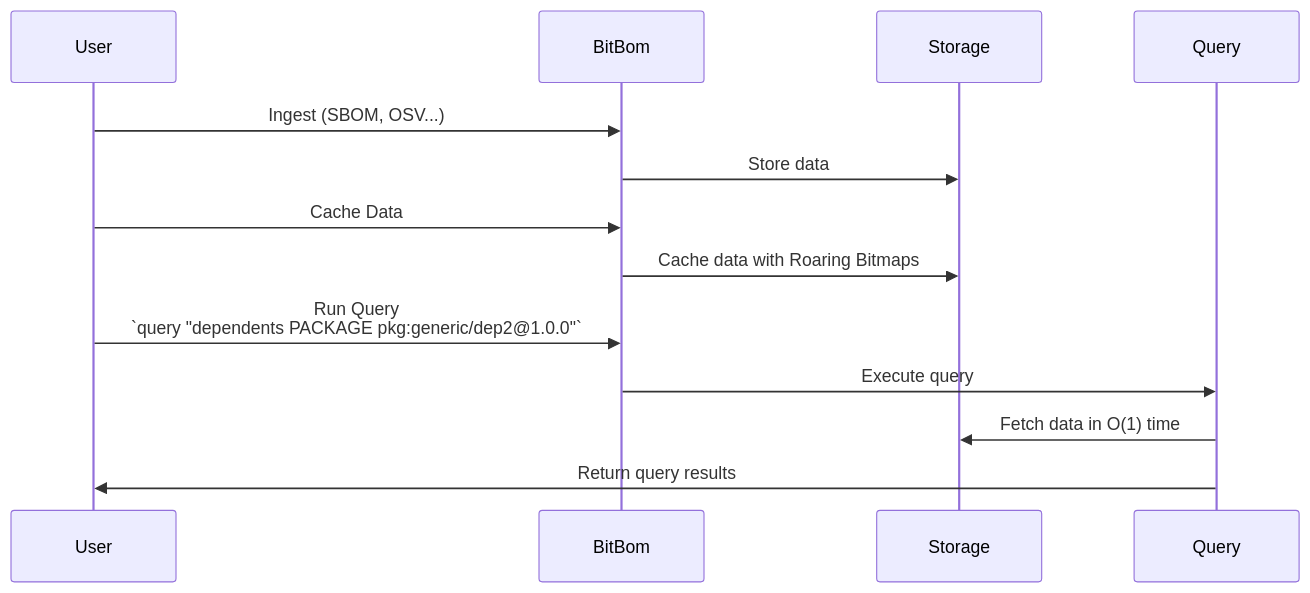
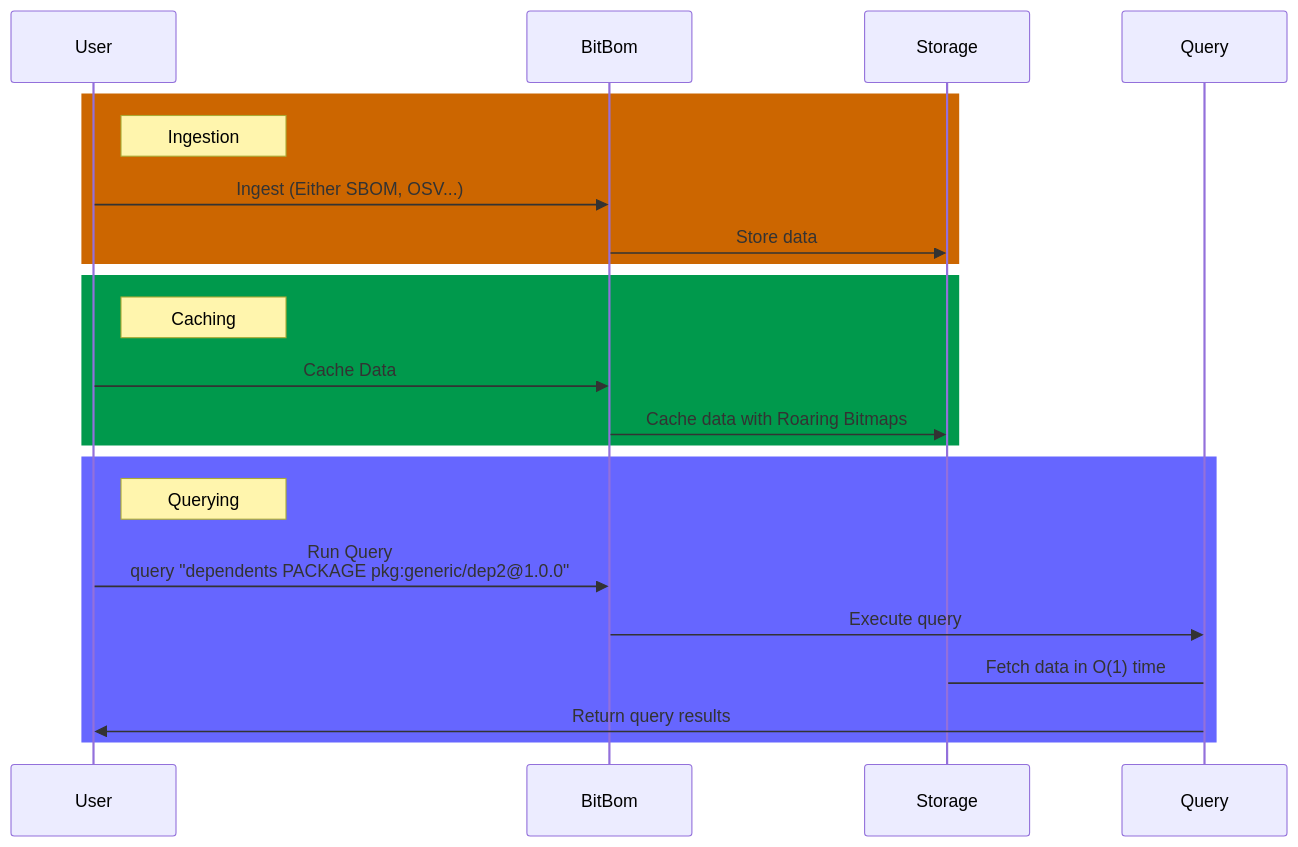
Before and after one commit to bitbomdev/minefield: the diagram in README.md, drawn with Mermaid.

Commit message:
Add color

````diff
--- a/README.md
+++ b/README.md
@@ -19,15 +19,24 @@
 ```mermaid
 sequenceDiagram
-   participant User
-   participant BitBom
-   participant Storage
-   participant Query
-   User->>BitBom: Ingest (SBOM, OSV...)
-   BitBom->>Storage: Store data
-   User->>BitBom: Cache Data
-   BitBom->>Storage: Cache data with Roaring Bitmaps
-   User->>BitBom: Run Query<br/>`query "dependents PACKAGE pkg:generic/dep2@1.0.0"`
-   BitBom->>Query: Execute query
-   Query->>Storage: Fetch data in O(1) time
-   Query->>User: Return query results
+    participant User
+    participant BitBom
+    participant Storage
+    participant Query
+    rect rgb(204, 102, 0)
+        note right of User: Ingestion
+        User->>BitBom: Ingest (Either SBOM, OSV...)
+        BitBom->>Storage: Store data
+    end
+    rect rgb(0, 153, 76)
+        note right of User: Caching
+        User->>BitBom: Cache Data
+        BitBom->>Storage: Cache data with Roaring Bitmaps
+    end
+    rect rgb(102, 102, 255)
+        note right of User: Querying
+        User->>BitBom: Run Query<br/>query "dependents PACKAGE pkg:generic/dep2@1.0.0"
+        BitBom->>Query: Execute query
+        Query->Storage: Fetch data in O(1) time
+        Query->>User: Return query results
+    end
 ```
````
